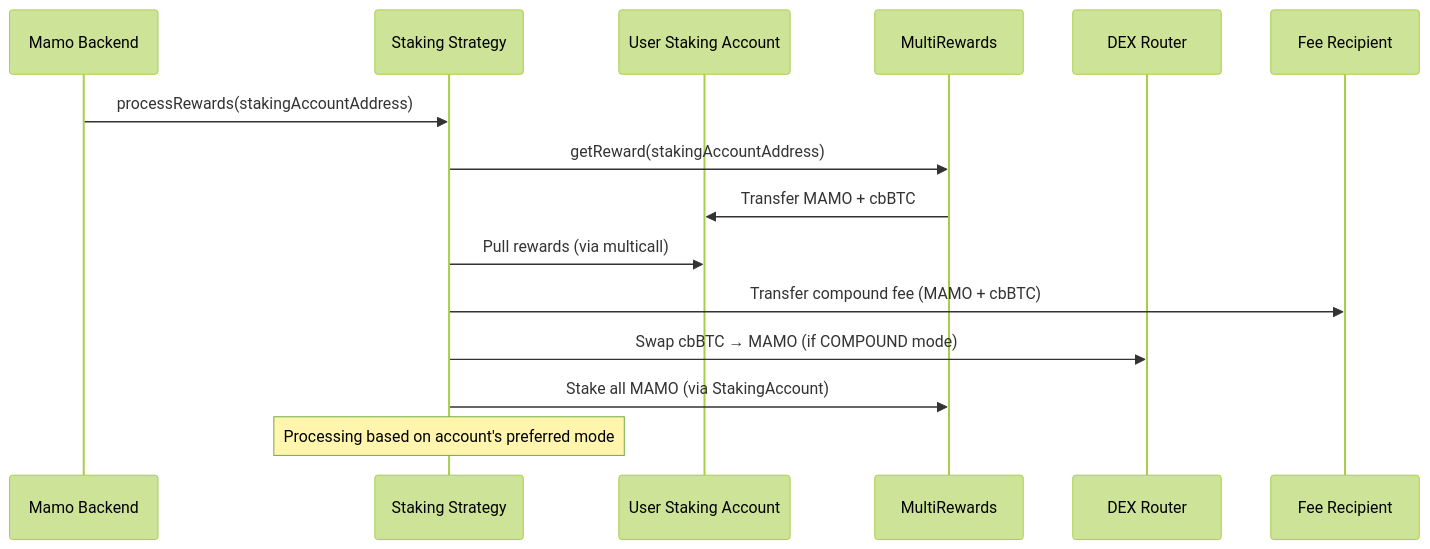
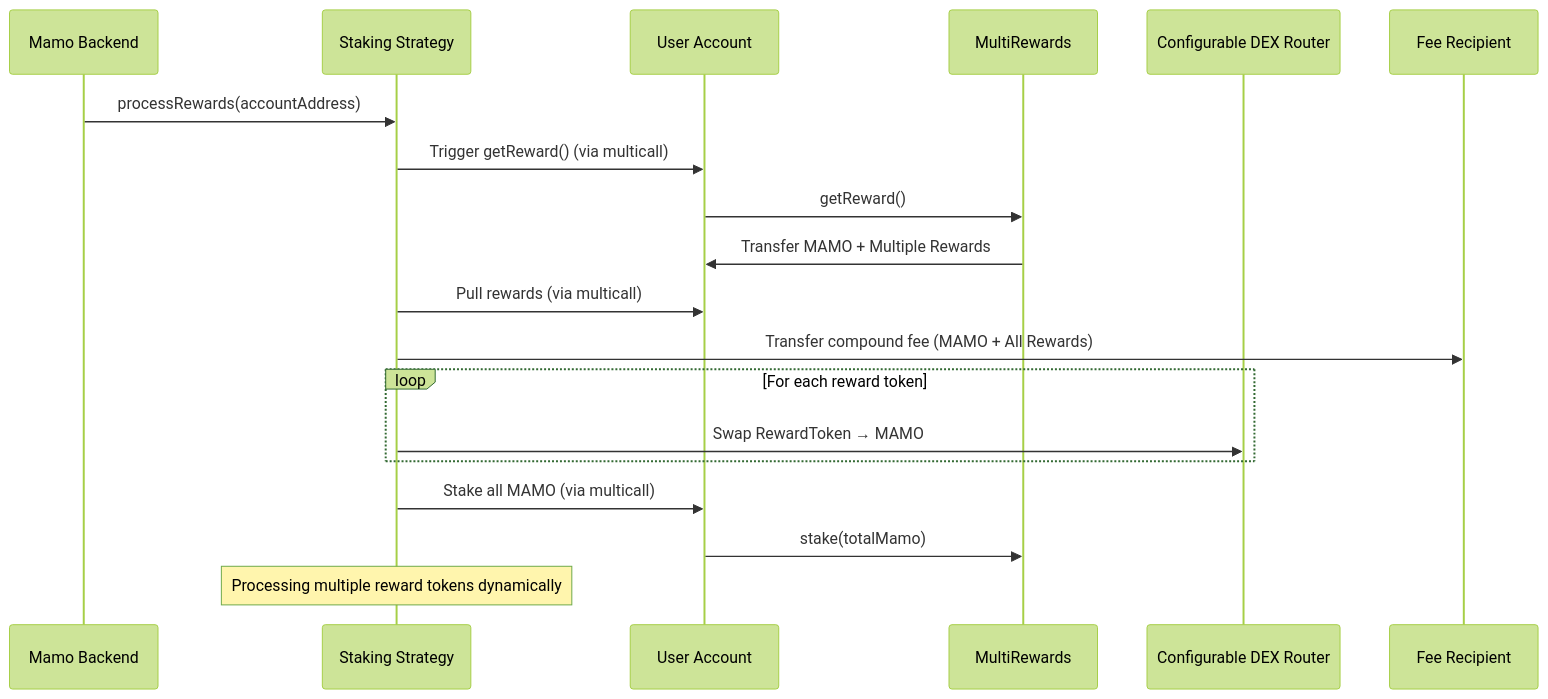
The second of 6 diagrams in docs/MAMO_STAKING_ARCHITECTURE.md (moonwell-fi/mamo-contracts), drawn with Mermaid (forest theme) before and after one commit. The commit also changed other lines of this file, not shown here.

````diff
--- a/docs/MAMO_STAKING_ARCHITECTURE.md
+++ b/docs/MAMO_STAKING_ARCHITECTURE.md
@@ -563,20 +641,26 @@
 ```mermaid
 sequenceDiagram
     participant Backend as Mamo Backend
     participant Strategy as Staking Strategy
-    participant StakingAccount as User Staking Account
+    participant Account as User Account
     participant MultiRewards as MultiRewards
-    participant DEX as DEX Router
+    participant DEX as Configurable DEX Router
     participant Fee as Fee Recipient
 
-    Backend->>Strategy: processRewards(stakingAccountAddress)
-    Strategy->>MultiRewards: getReward(stakingAccountAddress)
-    MultiRewards->>StakingAccount: Transfer MAMO + cbBTC
+    Backend->>Strategy: processRewards(accountAddress)
+    Strategy->>Account: Trigger getReward() (via multicall)
+    Account->>MultiRewards: getReward()
+    MultiRewards->>Account: Transfer MAMO + Multiple Rewards
     
-    Strategy->>StakingAccount: Pull rewards (via multicall)
-    Strategy->>Fee: Transfer compound fee (MAMO + cbBTC)
-    Strategy->>DEX: Swap cbBTC → MAMO (if COMPOUND mode)
-    Strategy->>MultiRewards: Stake all MAMO (via StakingAccount)
+    Strategy->>Account: Pull rewards (via multicall)
+    Strategy->>Fee: Transfer compound fee (MAMO + All Rewards)
     
-    Note over Strategy: Processing based on account's preferred mode
+    loop For each reward token
+        Strategy->>DEX: Swap RewardToken → MAMO
+    end
+    
+    Strategy->>Account: Stake all MAMO (via multicall)
+    Account->>MultiRewards: stake(totalMamo)
+    
+    Note over Strategy: Processing multiple reward tokens dynamically
 ```
````
